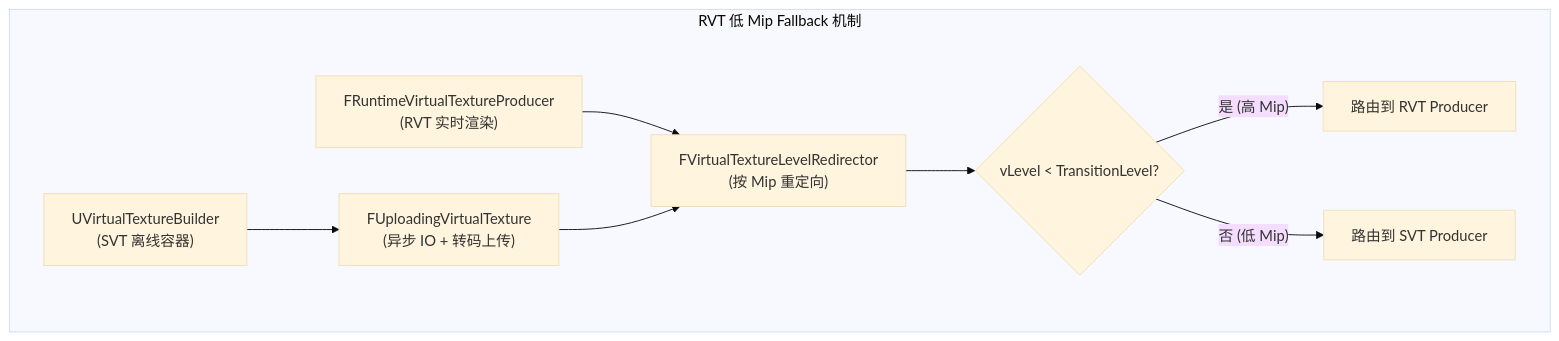
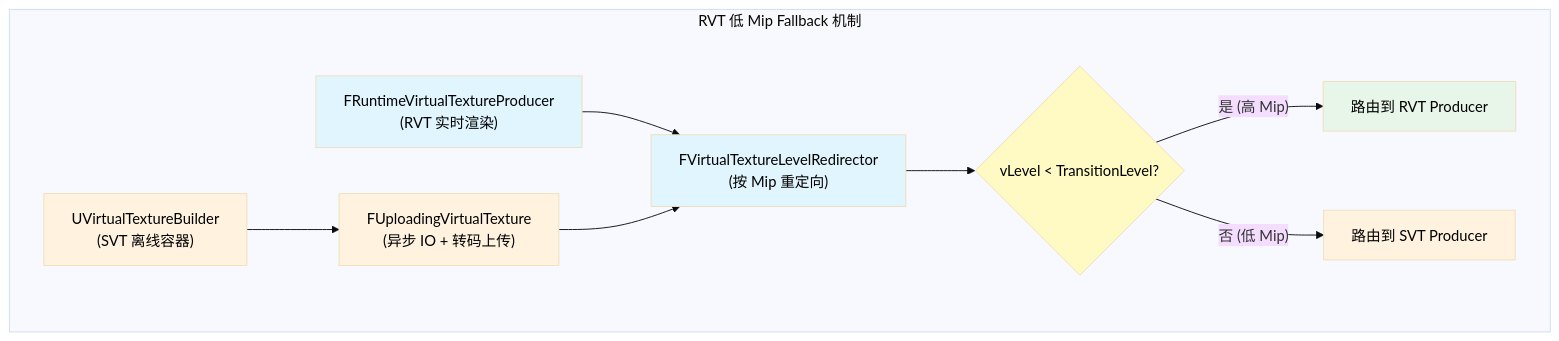
One commit to mr0ptimist/mroptimist.github.io changed diagram 12 of 21 in content/posts/UE5_Virtual_Texture_与_Runtime_Virtual_Texture_源码级全流程解析.md. Above: the diagram before and after it, drawn with Mermaid (base theme). The commit also changed other lines of this file and 2 other files, not shown here.

First line of the commit message:
Mermaid 图表 Dark Reader 兼容：所有 flowchart 加 classDef 配色 + 文字强制黑色

````diff
--- a/content/posts/UE5_Virtual_Texture_与_Runtime_Virtual_Texture_源码级全流程解析.md
+++ b/content/posts/UE5_Virtual_Texture_与_Runtime_Virtual_Texture_源码级全流程解析.md
@@ -599,15 +676,25 @@
 ```mermaid
 flowchart TD
     subgraph RVT_Fallback["RVT 低 Mip Fallback 机制"]
         A["UVirtualTextureBuilder
 (SVT 离线容器)"] --> B["FUploadingVirtualTexture
 (异步 IO + 转码上传)"]
         C["FRuntimeVirtualTextureProducer
 (RVT 实时渲染)"] --> D["FVirtualTextureLevelRedirector
 (按 Mip 重定向)"]
         B --> D
         D --> E{"vLevel < TransitionLevel?"}
         E -->|"是 (高 Mip)"| F["路由到 RVT Producer"]
         E -->|"否 (低 Mip)"| G["路由到 SVT Producer"]
     end
+
+    classDef proc fill:#e1f5fe,color:#000
+    classDef dec fill:#fff9c4,color:#000
+    classDef ok fill:#e8f5e9,color:#000
+    classDef data fill:#fff3e0,color:#000
+    class A,B data
+    class C,D proc
+    class E dec
+    class F ok
+    class G data
 ```
````
